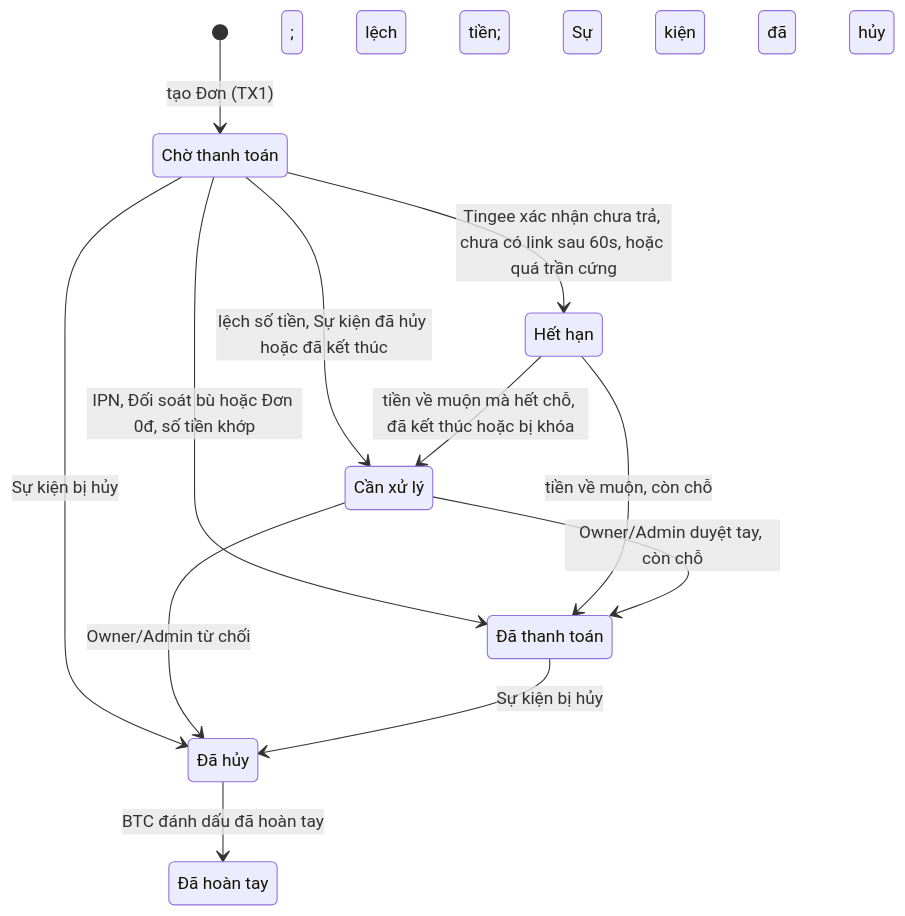
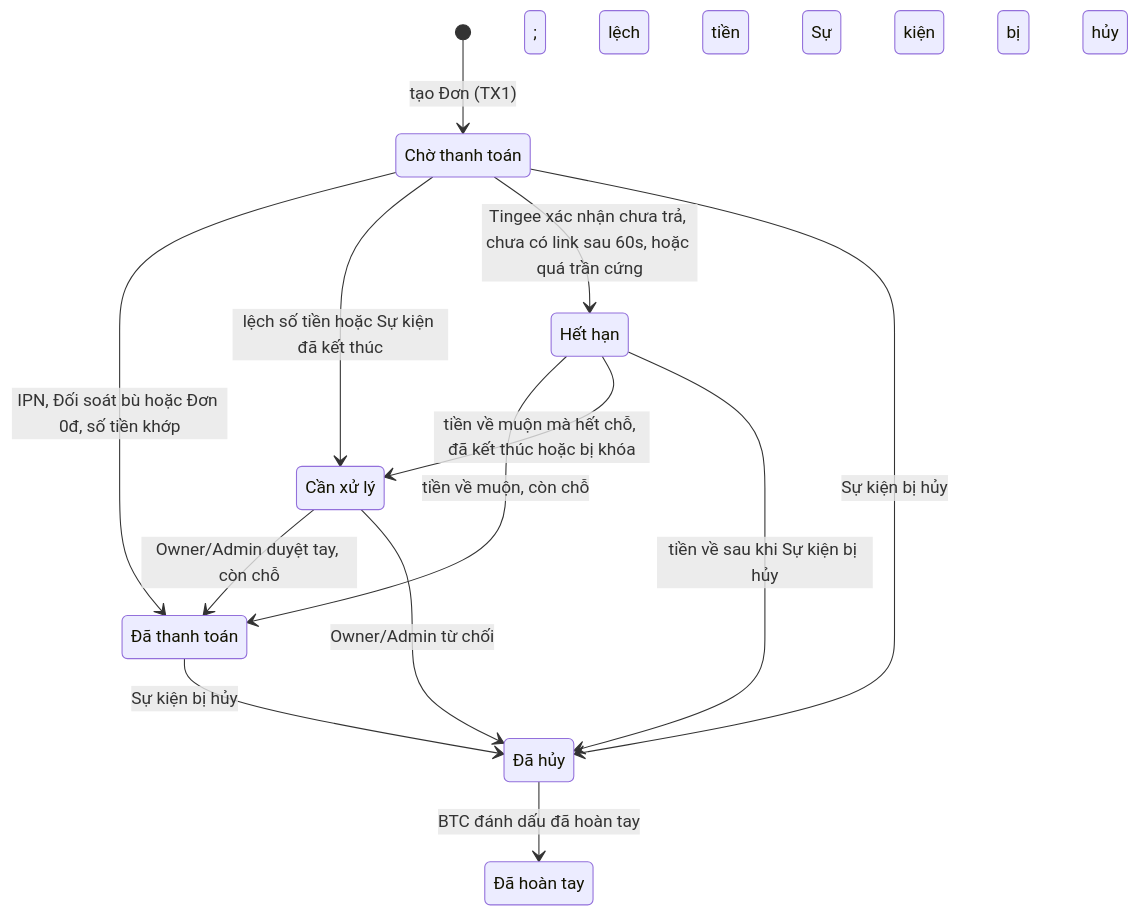
One commit to masonnguyen1243/tickee changed the second of 4 diagrams in _bmad-output/planning-artifacts/architecture/architecture-tickee-2026-10-28/ARCHITECTURE-SPINE.md. Above: the diagram before and after it, drawn with Mermaid. The commit also changed other lines of this file and 5 other files, not shown here.

````diff
--- a/_bmad-output/planning-artifacts/architecture/architecture-tickee-2026-10-28/ARCHITECTURE-SPINE.md
+++ b/_bmad-output/planning-artifacts/architecture/architecture-tickee-2026-10-28/ARCHITECTURE-SPINE.md
@@ -117,20 +117,21 @@
 ```mermaid
 stateDiagram-v2
   state "Chờ thanh toán" as pending
   state "Đã thanh toán" as paid
   state "Hết hạn" as expired
   state "Cần xử lý" as review
   state "Đã hủy" as cancelled
   state "Đã hoàn tay" as refunded
   [*] --> pending: tạo Đơn (TX1)
   pending --> paid: IPN, Đối soát bù hoặc Đơn 0đ, số tiền khớp
-  pending --> review: lệch số tiền, Sự kiện đã hủy hoặc đã kết thúc
+  pending --> review: lệch số tiền hoặc Sự kiện đã kết thúc
   pending --> expired: Tingee xác nhận chưa trả, chưa có link sau 60s, hoặc quá trần cứng
   pending --> cancelled: Sự kiện bị hủy
   expired --> paid: tiền về muộn, còn chỗ
-  expired --> review: tiền về muộn mà hết chỗ, đã kết thúc hoặc bị khóa; lệch tiền; Sự kiện đã hủy
+  expired --> review: tiền về muộn mà hết chỗ, đã kết thúc hoặc bị khóa; lệch tiền
+  expired --> cancelled: tiền về sau khi Sự kiện bị hủy
   review --> paid: Owner/Admin duyệt tay, còn chỗ
-  review --> cancelled: Owner/Admin từ chối
+  review --> cancelled: Owner/Admin từ chối; Sự kiện bị hủy
   paid --> cancelled: Sự kiện bị hủy
   cancelled --> refunded: BTC đánh dấu đã hoàn tay
 ```
````
